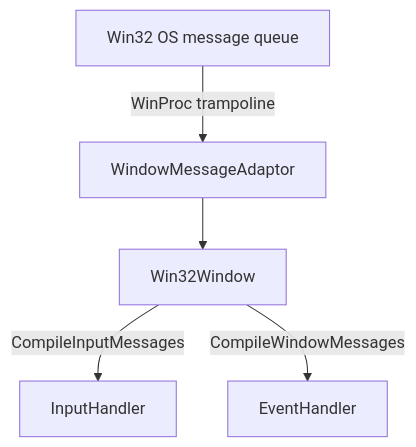
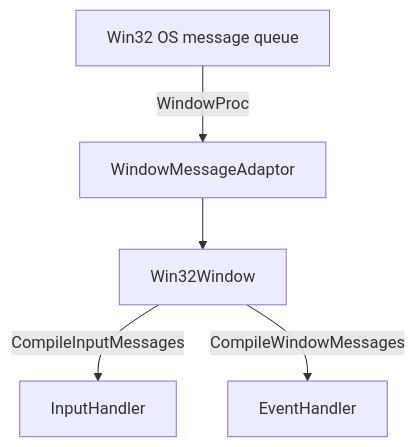
The diagram in Docs/Generated/Engine/06-Platform-And-Infrastructure/Windowing.md (b1nary0/RZE), drawn with Mermaid before and after one commit. The commit also changed other lines of this file and 23 other files, not shown here.

````diff
--- a/Docs/Generated/Engine/06-Platform-And-Infrastructure/Windowing.md
+++ b/Docs/Generated/Engine/06-Platform-And-Infrastructure/Windowing.md
@@ -29,8 +38,8 @@
 ```mermaid
 %%{init: {'flowchart': {'subGraphTitleMargin': {'top': 6, 'bottom': 10}}, 'themeCSS': '.labelBkg, .edgeLabel { background-color: var(--background-primary) !important; } .messageText, .labelText, .loopText { paint-order: stroke; stroke: var(--background-primary); stroke-width: 5px; stroke-linejoin: round; }'}}%%
 flowchart TD
-    OS["Win32 OS message queue"] -->|WinProc trampoline| WMA[WindowMessageAdaptor]
+    OS["Win32 OS message queue"] -->|WindowProc| WMA[WindowMessageAdaptor]
     WMA --> Win32Window
     Win32Window -->|CompileInputMessages| InputHandler
     Win32Window -->|CompileWindowMessages| EventHandler
 ```
````
